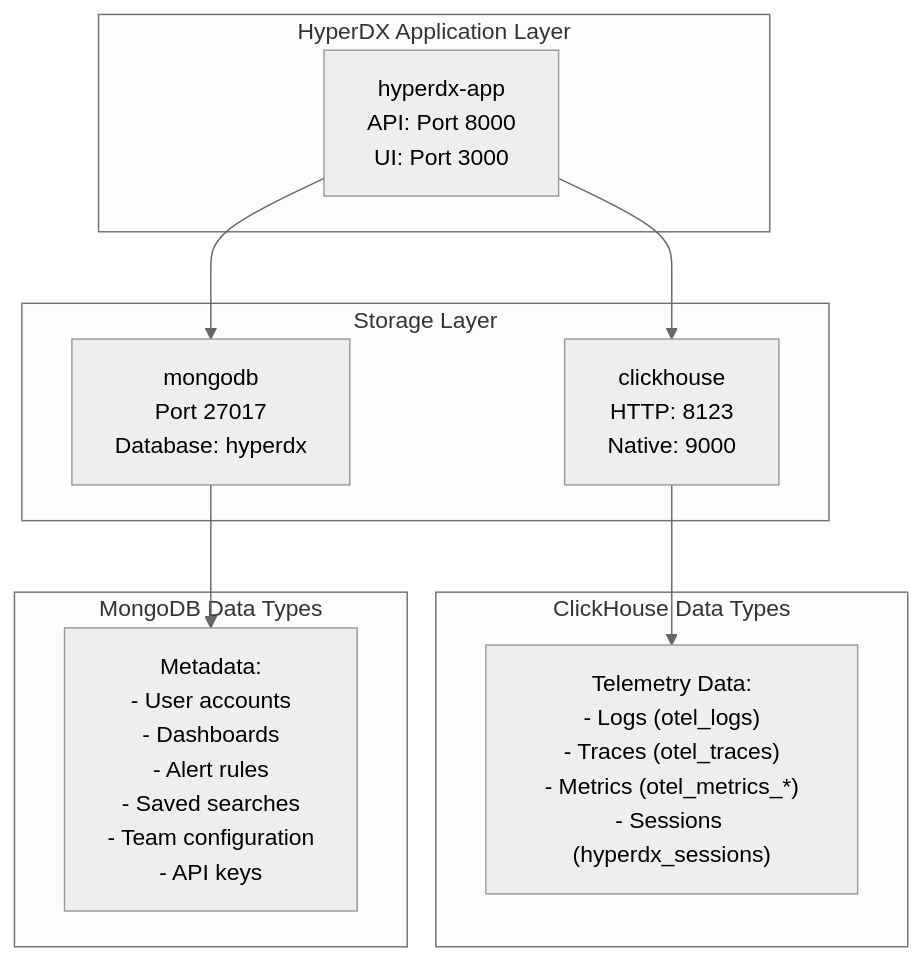
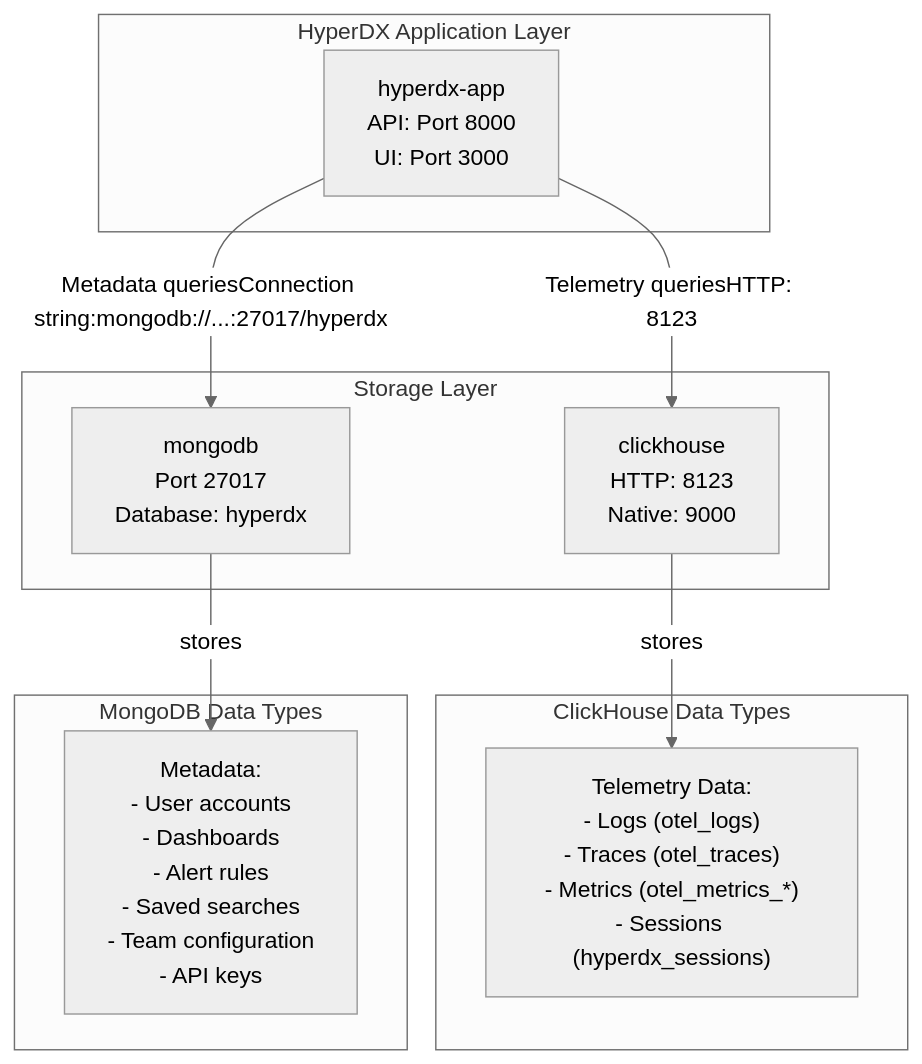
The first of 8 diagrams in docs/hyperdxio-helm-charts-docs/MongoDB.md (openchoreo/openchoreo), drawn with Mermaid (neutral theme) before and after one commit. The commit also changed other lines of this file and 85 other files, not shown here.

Commit message:
feat: Add new workflow and specification templates, update Helm chart dependencies, and clarify documentation diagrams.

````diff
--- a/docs/hyperdxio-helm-charts-docs/MongoDB.md
+++ b/docs/hyperdxio-helm-charts-docs/MongoDB.md
@@ -17,31 +17,31 @@
 ```mermaid
 flowchart TD
 
 API["hyperdx-app<br>API: Port 8000<br>UI: Port 3000"]
 MongoDB["mongodb<br>Port 27017<br>Database: hyperdx"]
 ClickHouse["clickhouse<br>HTTP: 8123<br>Native: 9000"]
 Metadata["Metadata:<br>- User accounts<br>- Dashboards<br>- Alert rules<br>- Saved searches<br>- Team configuration<br>- API keys"]
 Telemetry["Telemetry Data:<br>- Logs (otel_logs)<br>- Traces (otel_traces)<br>- Metrics (otel_metrics_*)<br>- Sessions (hyperdx_sessions)"]
 
-API --> MongoDB
-API --> ClickHouse
-MongoDB --> Metadata
-ClickHouse --> Telemetry
+API -->|"Metadata queriesConnection string:mongodb://...:27017/hyperdx"| MongoDB
+API -->|"Telemetry queriesHTTP: 8123"| ClickHouse
+MongoDB -->|"stores"| Metadata
+ClickHouse -->|"stores"| Telemetry
 
 subgraph subGraph3 ["ClickHouse Data Types"]
     Telemetry
 end
 
 subgraph subGraph2 ["MongoDB Data Types"]
     Metadata
 end
 
 subgraph subGraph1 ["Storage Layer"]
     MongoDB
     ClickHouse
 end
 
 subgraph subGraph0 ["HyperDX Application Layer"]
     API
 end
 ```
````
